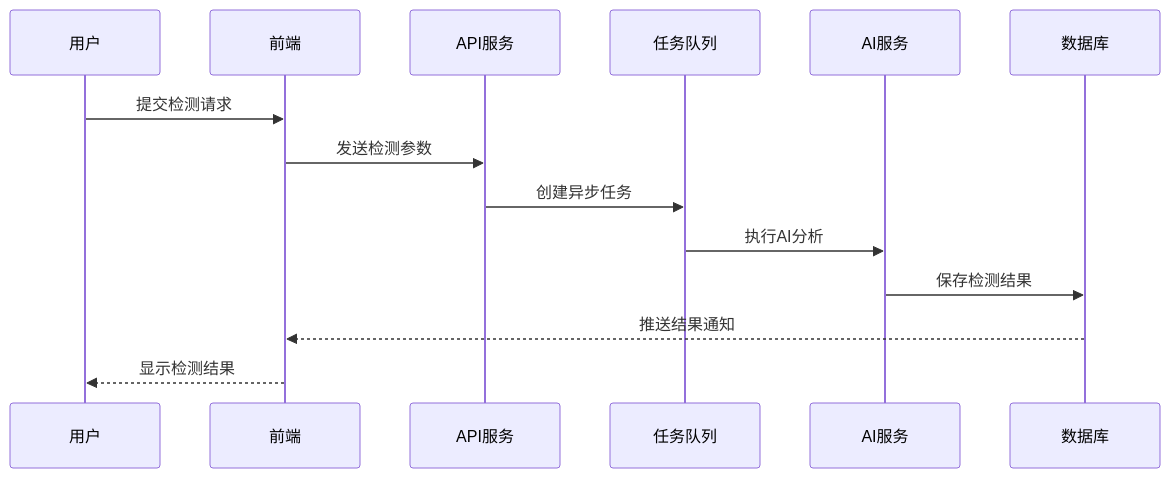
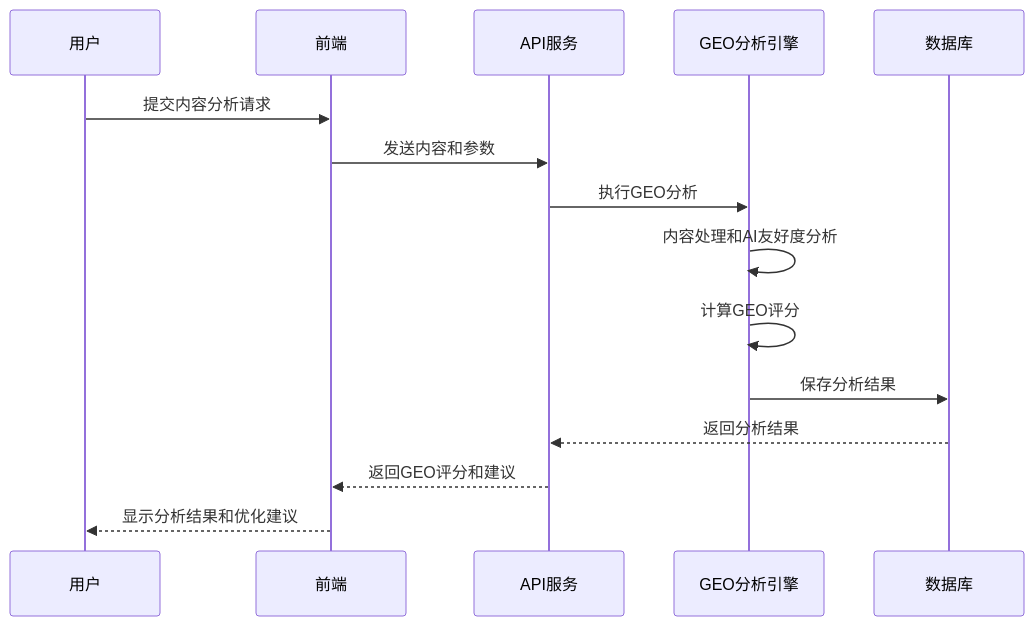
One commit to franksunye/GeoLens changed the second of 2 diagrams in docs/10_ARCHITECTURE.md. Above: the diagram before and after it, drawn with Mermaid. The commit also changed other lines of this file and 3 other files, not shown here.

````diff
--- a/docs/10_ARCHITECTURE.md
+++ b/docs/10_ARCHITECTURE.md
@@ -182,17 +183,18 @@
 ```mermaid
 sequenceDiagram
     participant U as 用户
     participant F as 前端
     participant API as API服务
-    participant Q as 任务队列
-    participant AI as AI服务
+    participant GEO as GEO分析引擎
     participant D as 数据库
-    
-    U->>F: 提交检测请求
-    F->>API: 发送检测参数
-    API->>Q: 创建异步任务
-    Q->>AI: 执行AI分析
-    AI->>D: 保存检测结果
-    D-->>F: 推送结果通知
-    F-->>U: 显示检测结果
+
+    U->>F: 提交内容分析请求
+    F->>API: 发送内容和参数
+    API->>GEO: 执行GEO分析
+    GEO->>GEO: 内容处理和AI友好度分析
+    GEO->>GEO: 计算GEO评分
+    GEO->>D: 保存分析结果
+    D-->>API: 返回分析结果
+    API-->>F: 返回GEO评分和建议
+    F-->>U: 显示分析结果和优化建议
 ```
````
